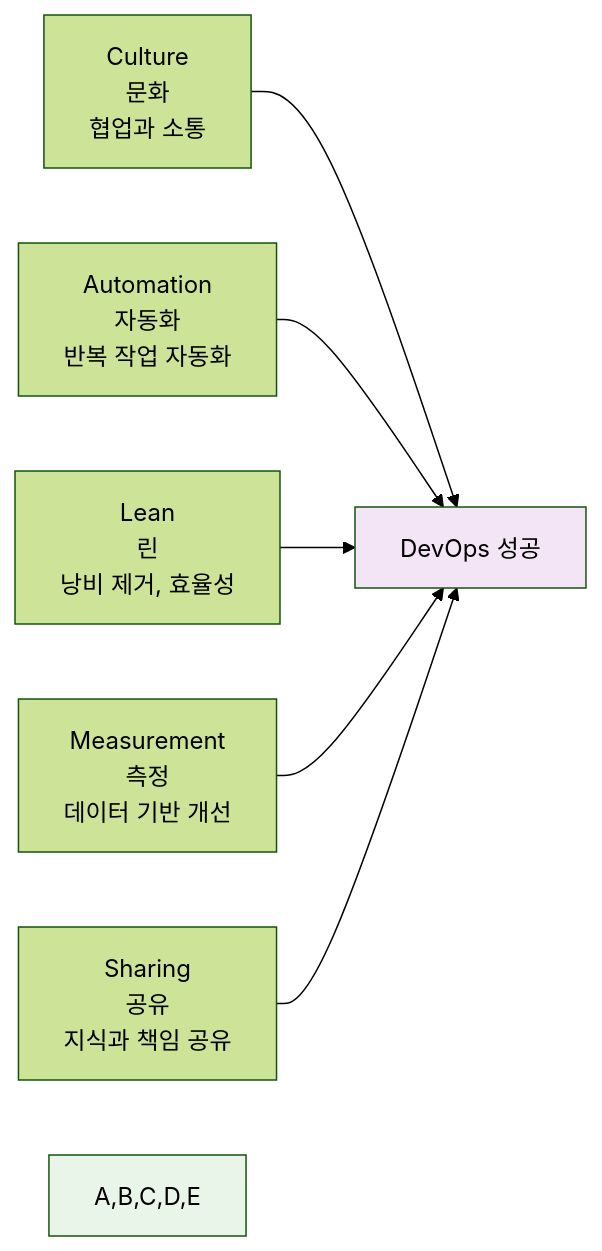
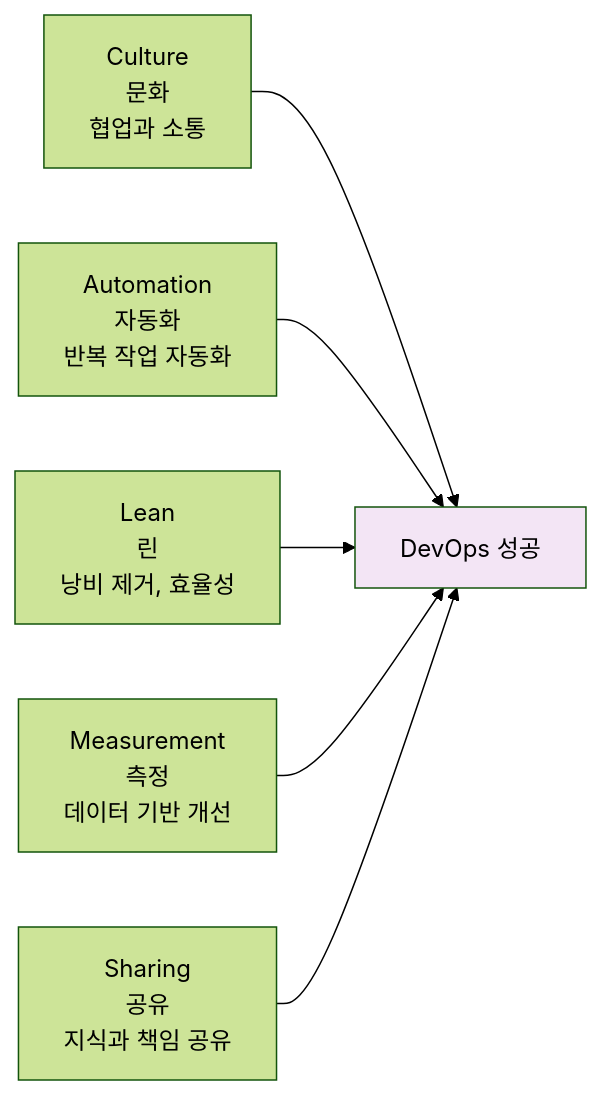
One commit to niceguy61/kdt_devops_lecture_2025 changed the third of 4 diagrams in theory/week_01/day1/session_2.md. Above: the diagram before and after it, drawn with Mermaid (forest theme).

Commit message:
ㅅㄷㄴㅅ

````diff
--- a/theory/week_01/day1/session_2.md
+++ b/theory/week_01/day1/session_2.md
@@ -107,11 +107,10 @@
 ```mermaid
 graph LR
     A[Culture<br/>문화<br/>협업과 소통] --> F[DevOps 성공]
     B[Automation<br/>자동화<br/>반복 작업 자동화] --> F
     C[Lean<br/>린<br/>낭비 제거, 효율성] --> F
     D[Measurement<br/>측정<br/>데이터 기반 개선] --> F
     E[Sharing<br/>공유<br/>지식과 책임 공유] --> F
     
-    style A,B,C,D,E fill:#e8f5e8
     style F fill:#f3e5f5
 ```
````
